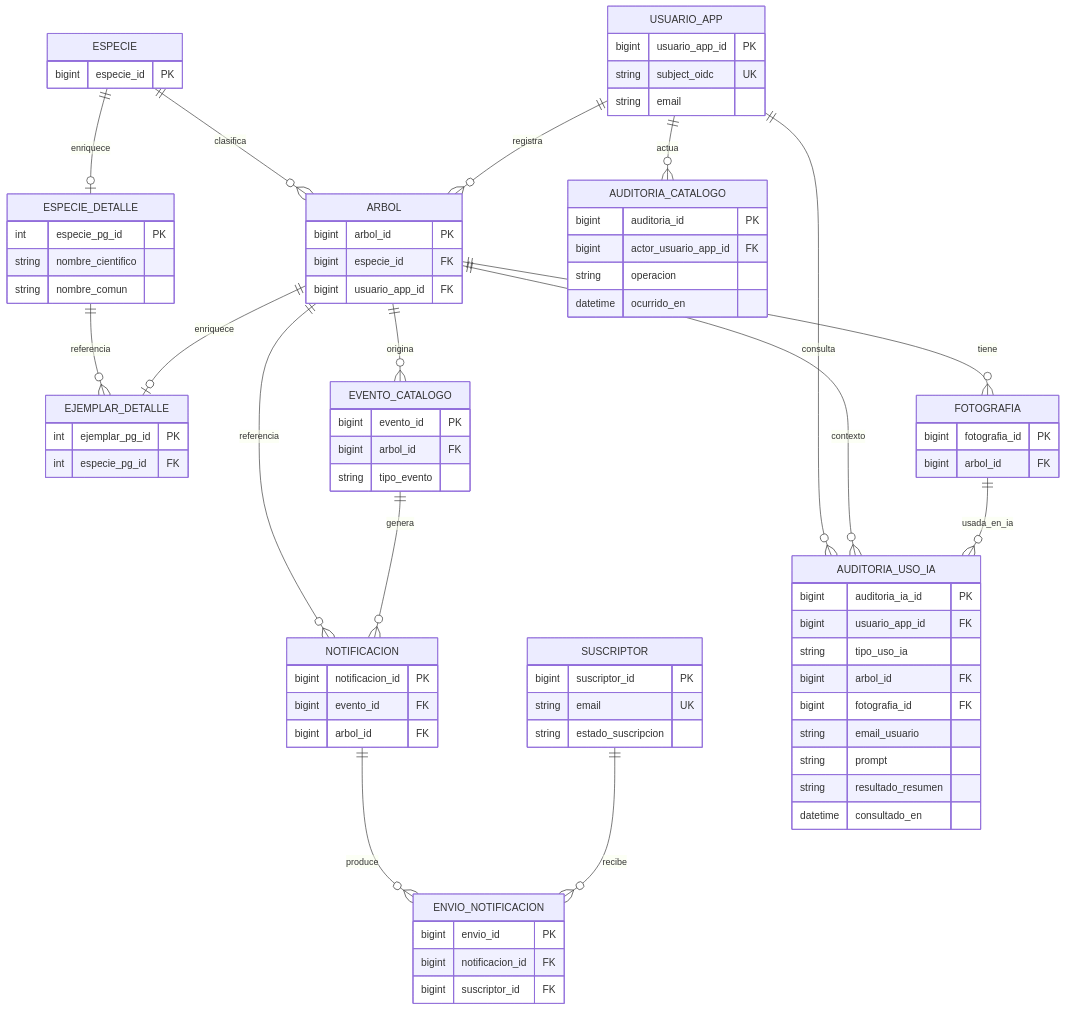
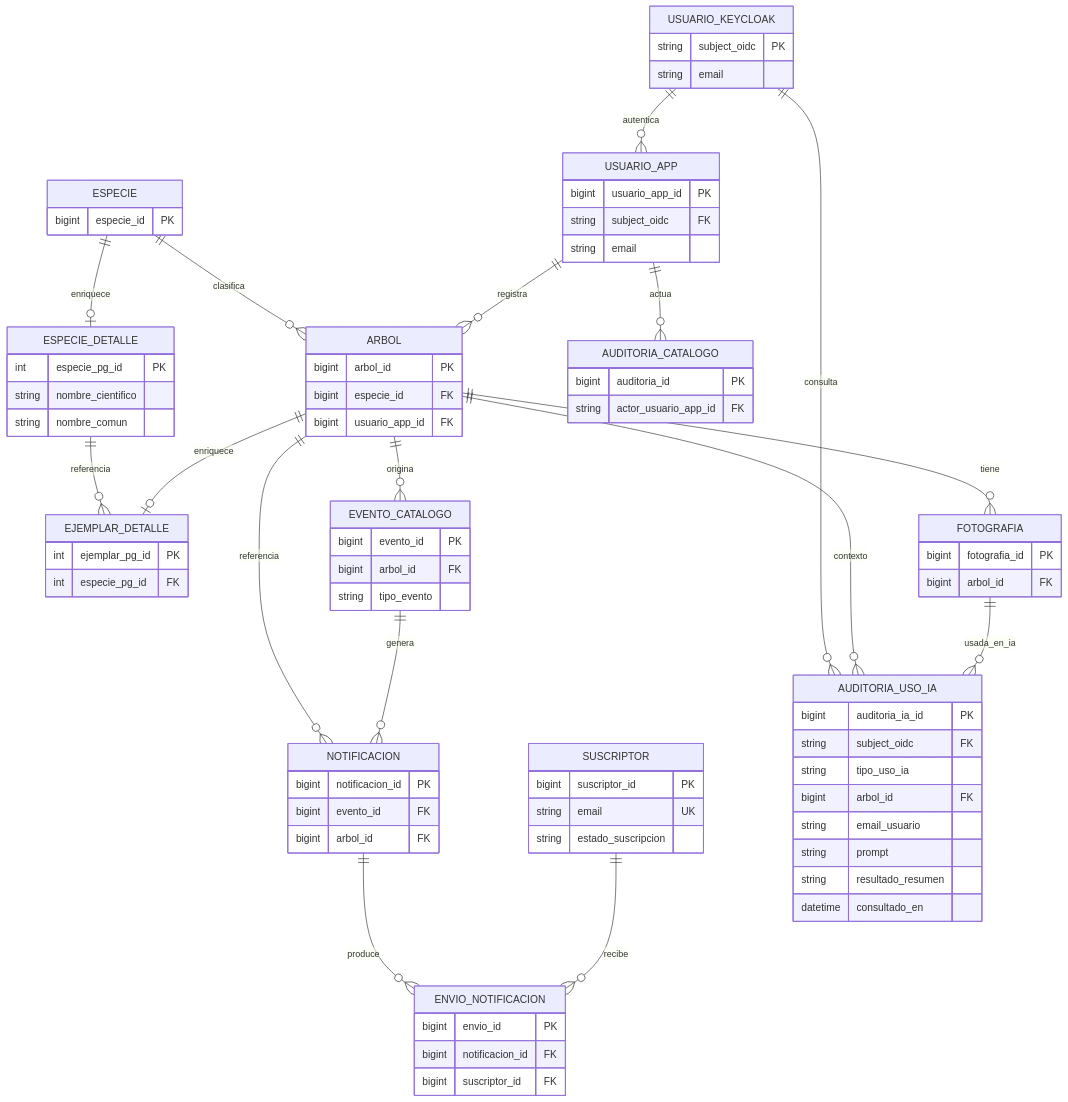
Diagram 13 of 18 in readme.md (LIDR-academy/AI4Devs-finalproject), drawn with Mermaid before and after one commit. The commit also changed other lines of this file, not shown here.

Commit message:
Modificación de los diagramas er

````diff
--- a/readme.md
+++ b/readme.md
@@ -782,8 +782,12 @@
 ```mermaid
 erDiagram
+    USUARIO_KEYCLOAK {
+        string subject_oidc PK
+        string email
+    }
     USUARIO_APP {
         bigint usuario_app_id PK
-        string subject_oidc UK
+        string subject_oidc FK
         string email
     }
     ESPECIE {
@@ -829,22 +833,21 @@
     }
     AUDITORIA_CATALOGO {
         bigint auditoria_id PK
-        bigint actor_usuario_app_id FK
-        string operacion
-        datetime ocurrido_en
+        string actor_usuario_app_id FK
     }
     AUDITORIA_USO_IA {
         bigint auditoria_ia_id PK
-        bigint usuario_app_id FK
+        string subject_oidc FK
         string tipo_uso_ia
         bigint arbol_id FK
-        bigint fotografia_id FK
         string email_usuario
         string prompt
         string resultado_resumen
         datetime consultado_en
     }
     ESPECIE ||--o{ ARBOL : clasifica
+    USUARIO_KEYCLOAK ||--o{ USUARIO_APP : autentica
+    USUARIO_KEYCLOAK ||--o{ AUDITORIA_USO_IA : consulta
     USUARIO_APP ||--o{ ARBOL : registra
     USUARIO_APP ||--o{ AUDITORIA_CATALOGO : actua
     ESPECIE ||--o| ESPECIE_DETALLE : enriquece
@@ -856,7 +859,6 @@
     EVENTO_CATALOGO ||--o{ NOTIFICACION : genera
     NOTIFICACION ||--o{ ENVIO_NOTIFICACION : produce
     SUSCRIPTOR ||--o{ ENVIO_NOTIFICACION : recibe
-    USUARIO_APP ||--o{ AUDITORIA_USO_IA : consulta
     ARBOL ||--o{ AUDITORIA_USO_IA : contexto
     FOTOGRAFIA ||--o{ AUDITORIA_USO_IA : usada_en_ia
 ```
````
